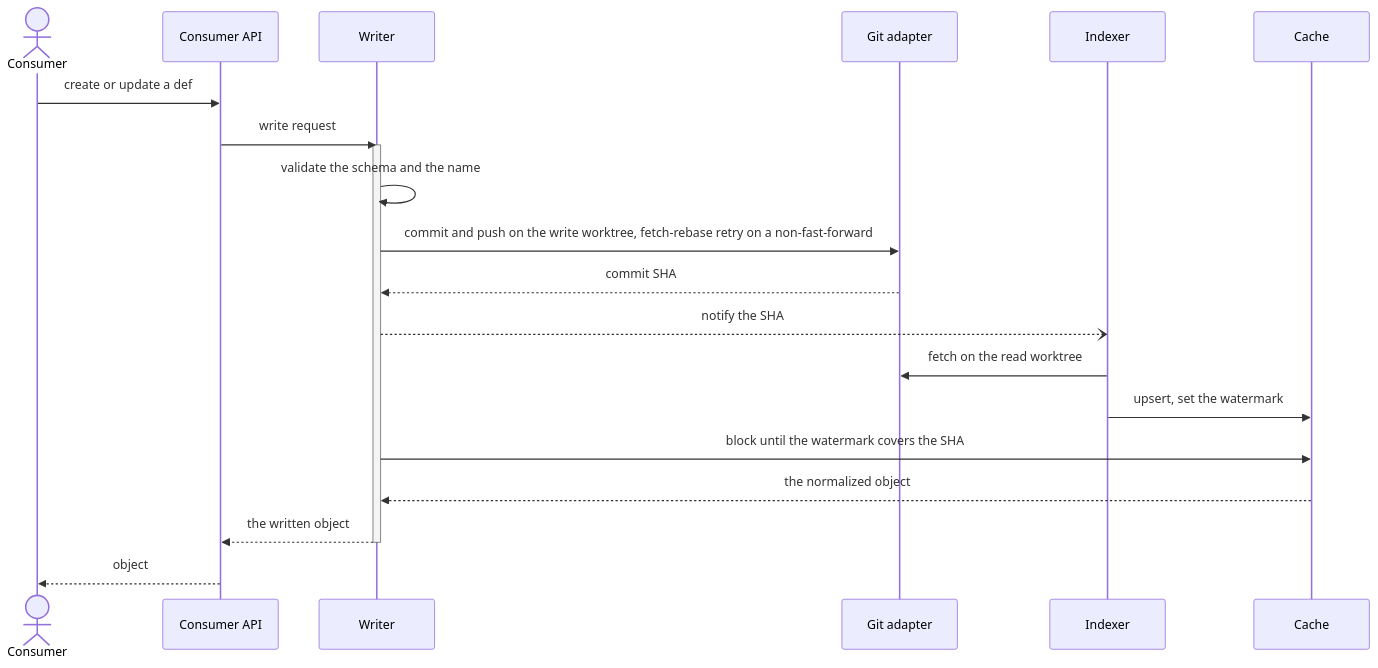
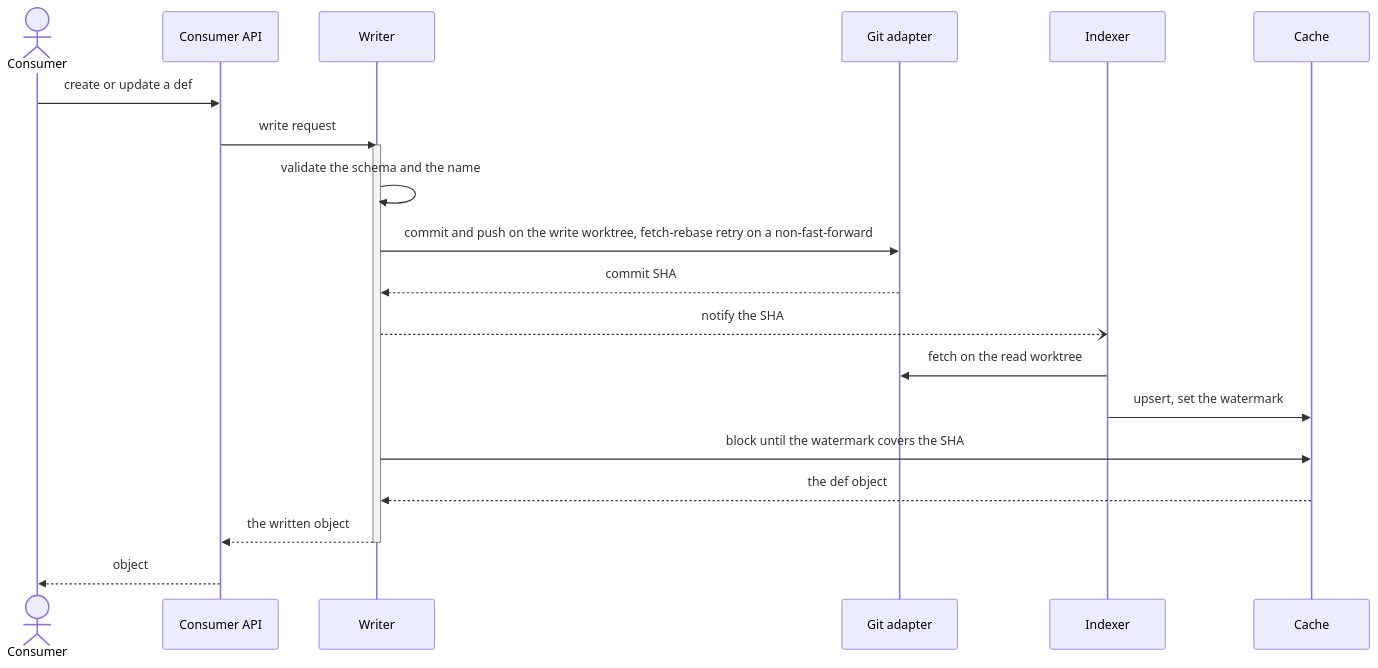
One commit to Netcracker/qubership-envgene changed the fifth of 5 diagrams in docs/analysis/app-reg-def-service/design/architecture.md. Above: the diagram before and after it, drawn with Mermaid. The commit also changed other lines of this file and 1 other file, not shown here.

````diff
--- a/docs/analysis/app-reg-def-service/design/architecture.md
+++ b/docs/analysis/app-reg-def-service/design/architecture.md
@@ -107,23 +102,23 @@
 ```mermaid
 sequenceDiagram
   actor C as Consumer
   participant API as Consumer API
   participant W as Writer
   participant GA as Git adapter
   participant IX as Indexer
   participant Cache
   C->>API: create or update a def
   API->>W: write request
   activate W
   W->>W: validate the schema and the name
   W->>GA: commit and push on the write worktree, fetch-rebase retry on a non-fast-forward
   GA-->>W: commit SHA
   W--)IX: notify the SHA
   IX->>GA: fetch on the read worktree
   IX->>Cache: upsert, set the watermark
   W->>Cache: block until the watermark covers the SHA
-  Cache-->>W: the normalized object
+  Cache-->>W: the def object
   W-->>API: the written object
   deactivate W
   API-->>C: object
 ```
````
